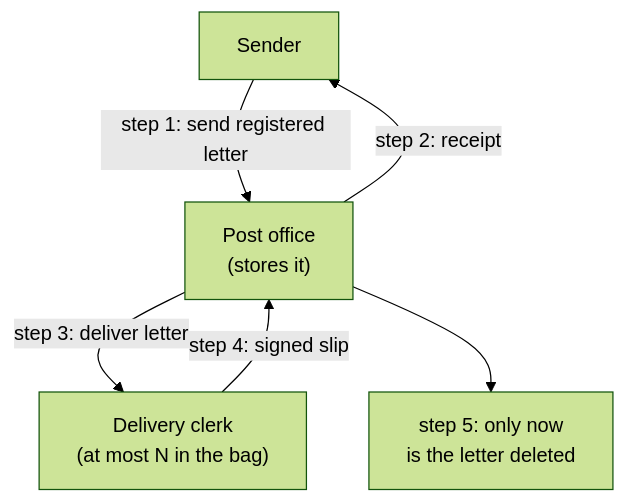
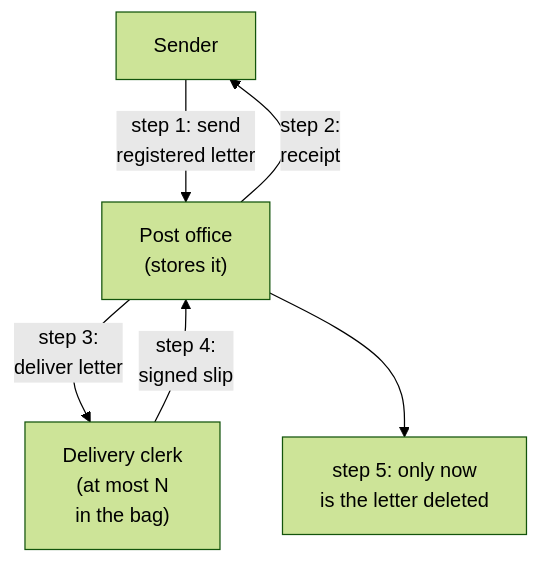
One commit to duongbui234/software-engineering-atlas changed the diagram in content/en/posts/2026-11-21-rabbitmq-ack-confirm.md. Above: the diagram before and after it, drawn with Mermaid (forest theme). The commit also changed 134 other files, not shown here.

First line of the commit message:
Fit every Mermaid diagram at 390px without sideways scroll (#56)

````diff
--- a/content/en/posts/2026-11-21-rabbitmq-ack-confirm.md
+++ b/content/en/posts/2026-11-21-rabbitmq-ack-confirm.md
@@ -55,8 +55,8 @@
 ```mermaid
 flowchart TB
-    P["Sender"] -->|"step 1: send registered letter"| B["Post office<br/>(stores it)"]
-    B -->|"step 2: receipt"| P
-    B -->|"step 3: deliver letter"| W["Delivery clerk<br/>(at most N in the bag)"]
-    W -->|"step 4: signed slip"| B
+    P["Sender"] -->|"step 1: send<br/>registered letter"| B["Post office<br/>(stores it)"]
+    B -->|"step 2:<br/>receipt"| P
+    B -->|"step 3:<br/>deliver letter"| W["Delivery clerk<br/>(at most N<br/>in the bag)"]
+    W -->|"step 4:<br/>signed slip"| B
     B --> D["step 5: only now<br/>is the letter deleted"]
 ```
````
